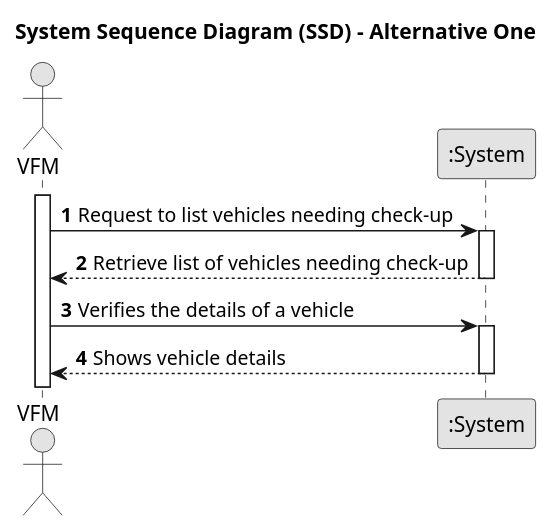
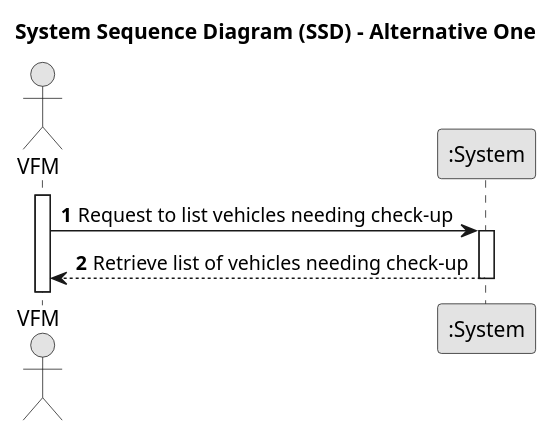
Before and after one commit to Departamento-de-Engenharia-Informatica/lei-24-s2-1df-1de-g063: the diagram in docs/sprintB/us008/01.requirements-engineering/puml/us008-system-sequence-diagram-alternative-one.puml, drawn with PlantUML. The commit also changed 13 other files, not shown here.

```diff
--- a/docs/sprintB/us008/01.requirements-engineering/puml/us008-system-sequence-diagram-alternative-one.puml
+++ b/docs/sprintB/us008/01.requirements-engineering/puml/us008-system-sequence-diagram-alternative-one.puml
@@ -1,26 +1,21 @@
 @startuml
 skinparam monochrome true
 skinparam packageStyle rectangle
 skinparam shadowing false
 
 title System Sequence Diagram (SSD) - Alternative One
 
 autonumber
 
 actor "VFM" as Employee
 participant ":System" as System
 
 activate Employee
 
     Employee -> System : Request to list vehicles needing check-up
     activate System
 
         System --> Employee : Retrieve list of vehicles needing check-up
     deactivate System
 
-    Employee -> System : Verifies the details of a vehicle
-    activate System
-
-        System --> Employee : Shows vehicle details
-    deactivate System
 @enduml
```
